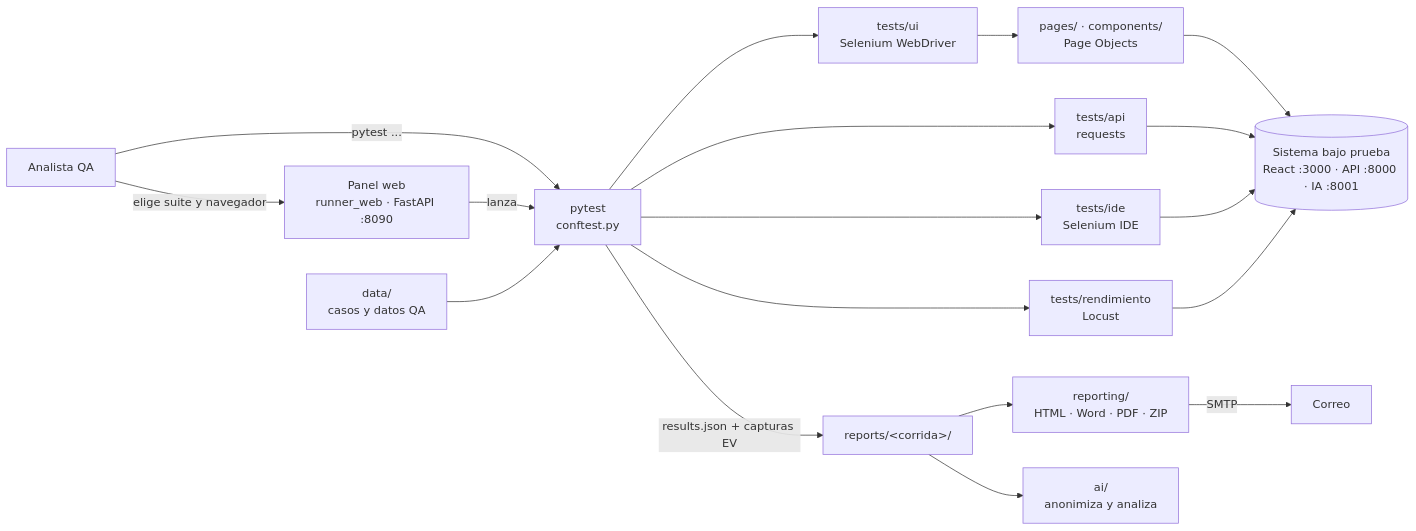
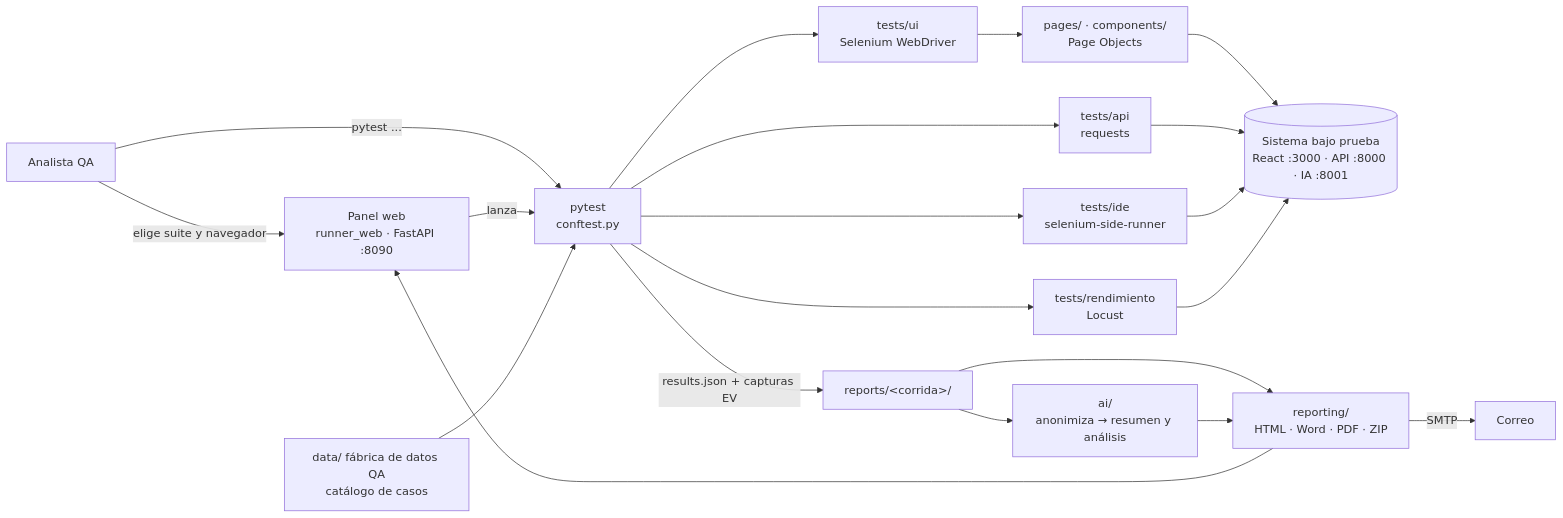
Before and after one commit to Mirkof69/Proyecto-Automatizacion-TQA: the diagram in README.md, drawn with Mermaid. The commit also changed other lines of this file, not shown here.

````diff
--- a/README.md
+++ b/README.md
@@ -43,20 +22,22 @@
 ```mermaid
 flowchart LR
     U[Analista QA] -->|elige suite y navegador| P[Panel web<br/>runner_web · FastAPI :8090]
     U -->|pytest ...| R
     P -->|lanza| R[pytest<br/>conftest.py]
     R --> T1[tests/ui<br/>Selenium WebDriver]
     R --> T2[tests/api<br/>requests]
-    R --> T3[tests/ide<br/>Selenium IDE]
+    R --> T3[tests/ide<br/>selenium-side-runner]
     R --> T4[tests/rendimiento<br/>Locust]
     T1 --> PO[pages/ · components/<br/>Page Objects]
     PO --> SUT[(Sistema bajo prueba<br/>React :3000 · API :8000 · IA :8001)]
     T2 --> SUT
     T3 --> SUT
     T4 --> SUT
-    D[data/<br/>casos y datos QA] --> R
+    D[data/ fábrica de datos QA<br/>catálogo de casos] --> R
     R -->|results.json + capturas EV| REP[reports/&lt;corrida&gt;/]
     REP --> G[reporting/<br/>HTML · Word · PDF · ZIP]
-    REP --> IA[ai/<br/>anonimiza y analiza]
+    REP --> IA[ai/<br/>anonimiza → resumen y análisis]
+    IA --> G
     G -->|SMTP| M[Correo]
+    G --> P
 ```
````
